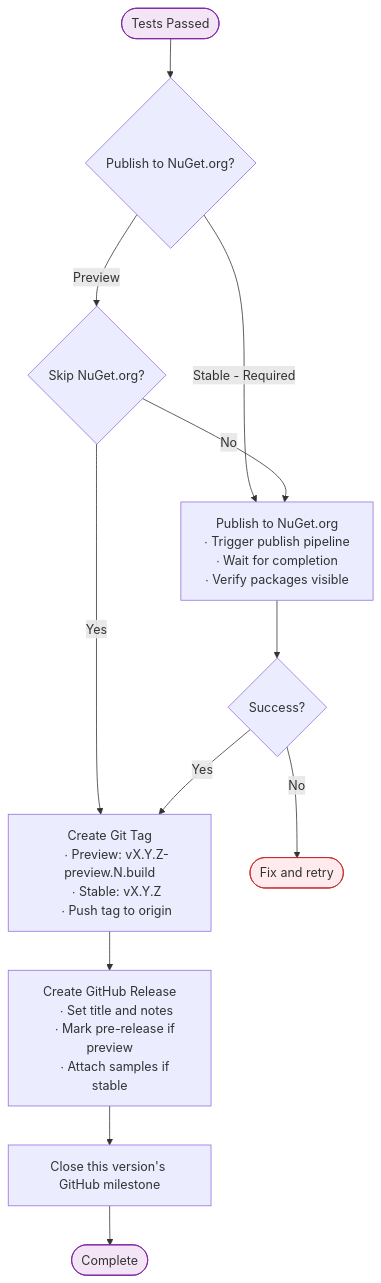
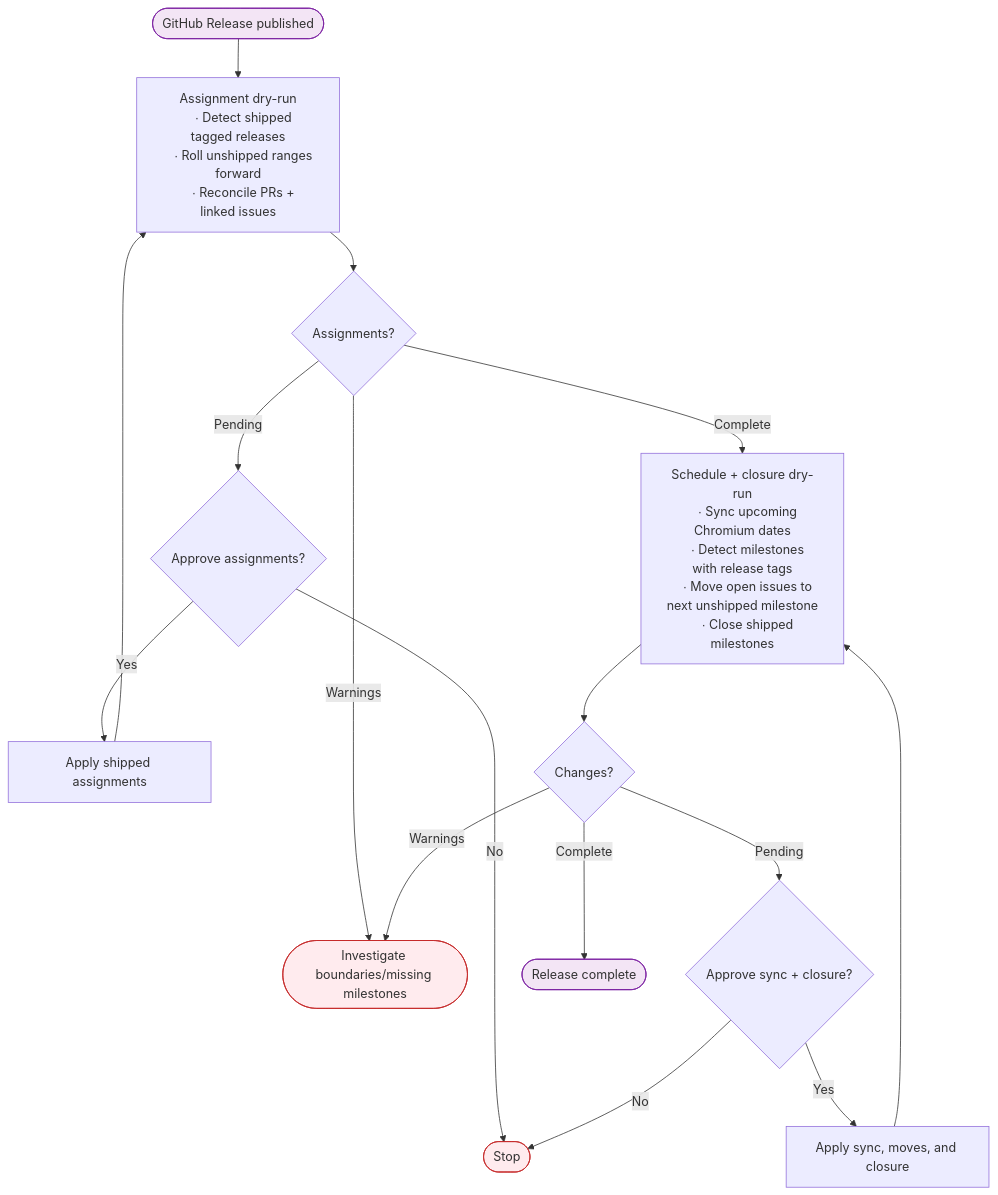
The fourth of 4 diagrams in documentation/dev/releasing.md (mono/SkiaSharp), drawn with Mermaid before and after one commit. The commit also changed other lines of this file and 12 other files, not shown here.

````diff
--- a/documentation/dev/releasing.md
+++ b/documentation/dev/releasing.md
@@ -249,38 +339,30 @@
 ```mermaid
 flowchart TB
-    START([Tests Passed]) --> REQ{Publish to NuGet.org?}
-    
-    REQ -->|Stable - Required| PUBLISH
-    REQ -->|Preview| SKIP{Skip NuGet.org?}
-    SKIP -->|Yes| TAG
-    SKIP -->|No| PUBLISH
-    
-    PUBLISH["Publish to NuGet.org
-    ∙ Trigger publish pipeline
-    ∙ Wait for completion
-    ∙ Verify packages visible"]
-    
-    PUBLISH --> STATUS{Success?}
-    STATUS -->|No| FAILED([Fix and retry])
-    STATUS -->|Yes| TAG
-    
-    TAG["Create Git Tag
-    ∙ Preview: vX.Y.Z-preview.N.build
-    ∙ Stable: vX.Y.Z
-    ∙ Push tag to origin"]
-    
-    TAG --> RELEASE
-    
-    RELEASE["Create GitHub Release
-    ∙ Set title and notes
-    ∙ Mark pre-release if preview
-    ∙ Attach samples if stable"]
-    
-    RELEASE --> MILESTONE[Close this version's GitHub milestone]
-    MILESTONE --> DONE([Complete])
+    START([GitHub Release published]) --> AUDIT
+    AUDIT["Assignment dry-run
+    ∙ Detect shipped tagged releases
+    ∙ Roll unshipped ranges forward
+    ∙ Reconcile PRs + linked issues"] --> AUDIT_DECIDE{Assignments?}
+    AUDIT_DECIDE -->|Warnings| BLOCKED([Investigate boundaries/missing milestones])
+    AUDIT_DECIDE -->|Pending| AUDIT_APPROVE{Approve assignments?}
+    AUDIT_APPROVE -->|No| STOP([Stop])
+    AUDIT_APPROVE -->|Yes| AUDIT_APPLY[Apply shipped assignments]
+    AUDIT_APPLY --> AUDIT
+    AUDIT_DECIDE -->|Complete| SYNC
+    SYNC["Schedule + closure dry-run
+    ∙ Sync upcoming Chromium dates
+    ∙ Detect milestones with release tags
+    ∙ Move open issues to next unshipped milestone
+    ∙ Close shipped milestones"] --> SYNC_DECIDE{Changes?}
+    SYNC_DECIDE -->|Warnings| BLOCKED
+    SYNC_DECIDE -->|Pending| SYNC_APPROVE{Approve sync + closure?}
+    SYNC_APPROVE -->|No| STOP
+    SYNC_APPROVE -->|Yes| SYNC_APPLY[Apply sync, moves, and closure]
+    SYNC_APPLY --> SYNC
+    SYNC_DECIDE -->|Complete| DONE([Release complete])
 
     classDef error fill:#ffebee,stroke:#c62828
     classDef endpoint fill:#f3e5f5,stroke:#7b1fa2
-    class FAILED error
+    class BLOCKED,STOP error
     class START,DONE endpoint
 ```
````
